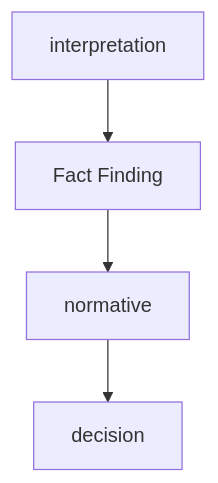
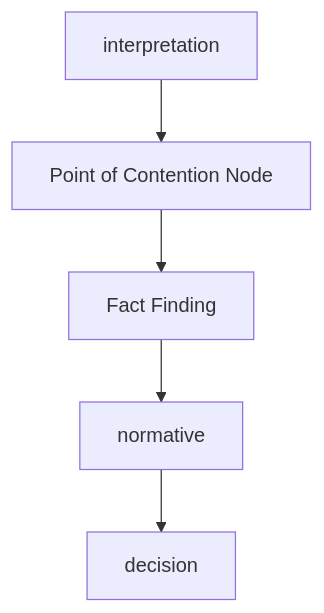
The diagram in 02_zettelkasten/21_domain/lawvault/engine/Law Pipeline.md (aokicreativeoffice/AokiCreativeOfficeGTD), drawn with Mermaid before and after one commit. The commit also changed other lines of this file, not shown here.

Commit message:
vault backup: 2026-03-22 11:14:50

````diff
--- a/02_zettelkasten/21_domain/lawvault/engine/Law Pipeline.md
+++ b/02_zettelkasten/21_domain/lawvault/engine/Law Pipeline.md
@@ -17,13 +18,14 @@
 ```mermaid
 flowchart TD  
   
 IP[interpretation]  
-
+PCN[Point of Contention Node]
 FF[Fact Finding]  
 NM[normative]  
 DS[decision]  
-  
-IP --> FF  
+
+IP --> PCN
+PCN --> FF  
 FF --> NM  
 NM --> DS
 ```
````
